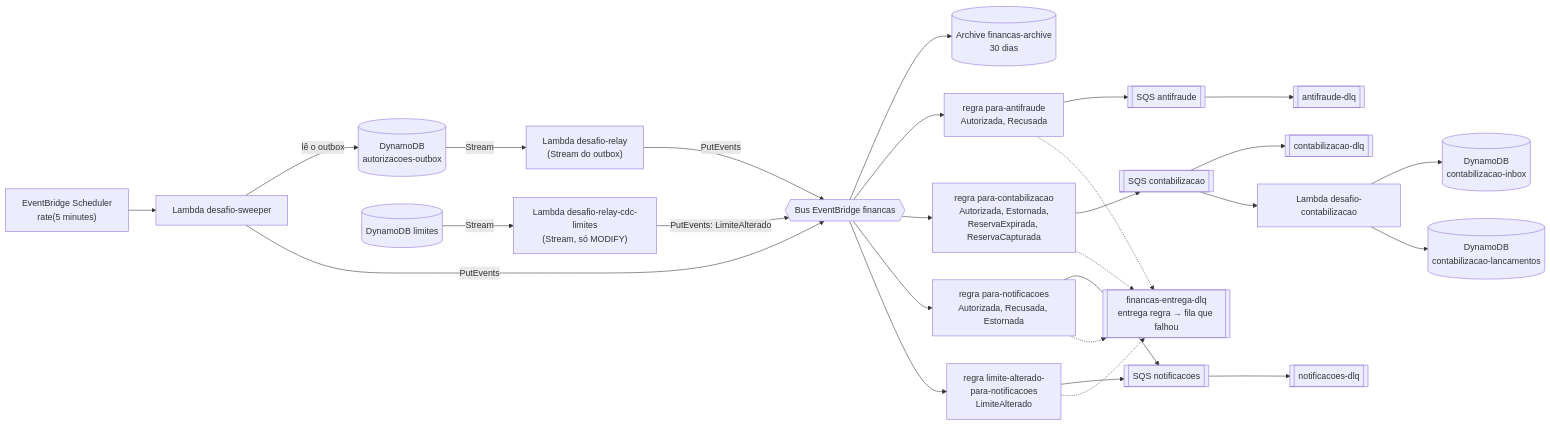
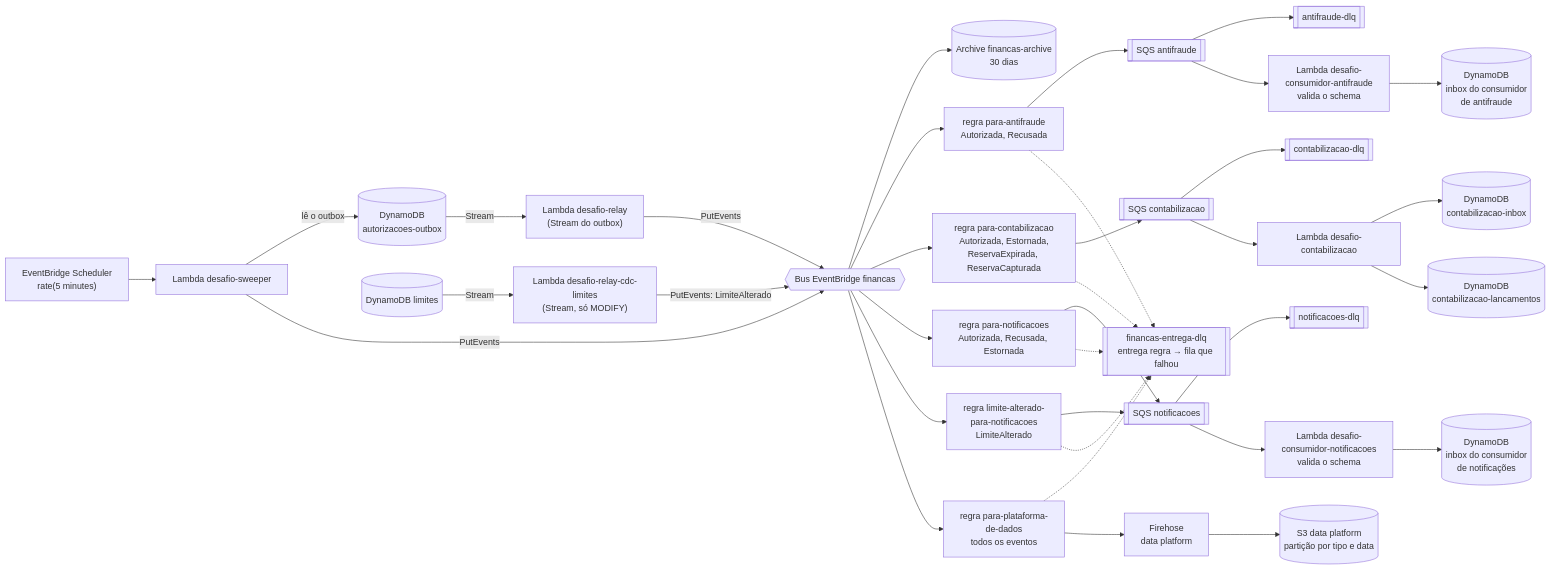
One commit to giovanedms/desafio-zup changed the diagram in docs/arquitetura/diagramas/04-fluxo-de-eventos.mmd. Above: the diagram before and after it, drawn with Mermaid. The commit also changed 10 other files, not shown here.

Commit message:
Diagramas de containers, eventos e implantação com consumidores, data platform e schema registry; README com os diagramas

```diff
--- a/docs/arquitetura/diagramas/04-fluxo-de-eventos.mmd
+++ b/docs/arquitetura/diagramas/04-fluxo-de-eventos.mmd
@@ -1,47 +1,63 @@
 flowchart LR
   OUT[("DynamoDB<br/>autorizacoes-outbox")]
   RELAY["Lambda desafio-relay<br/>(Stream do outbox)"]
   SWEEP["Lambda desafio-sweeper"]
   SCHED["EventBridge Scheduler<br/>rate(5 minutes)"]
   LIM[("DynamoDB limites")]
   CDC["Lambda desafio-relay-cdc-limites<br/>(Stream, só MODIFY)"]
   BUS{{"Bus EventBridge financas"}}
   ARC[("Archive financas-archive<br/>30 dias")]
 
   OUT -- Stream --> RELAY
   SCHED --> SWEEP
   SWEEP -- "lê o outbox" --> OUT
   RELAY -- PutEvents --> BUS
   SWEEP -- PutEvents --> BUS
   LIM -- Stream --> CDC
   CDC -- "PutEvents: LimiteAlterado" --> BUS
   BUS --> ARC
 
   R1["regra para-antifraude<br/>Autorizada, Recusada"]
   R2["regra para-contabilizacao<br/>Autorizada, Estornada,<br/>ReservaExpirada, ReservaCapturada"]
   R3["regra para-notificacoes<br/>Autorizada, Recusada, Estornada"]
   R4["regra limite-alterado-<br/>para-notificacoes<br/>LimiteAlterado"]
+  R5["regra para-plataforma-<br/>de-dados<br/>todos os eventos"]
   BUS --> R1
   BUS --> R2
   BUS --> R3
   BUS --> R4
+  BUS --> R5
 
   Q1[[SQS antifraude]] --> D1[[antifraude-dlq]]
   Q2[[SQS contabilizacao]] --> D2[[contabilizacao-dlq]]
   Q3[[SQS notificacoes]] --> D3[[notificacoes-dlq]]
   R1 --> Q1
   R2 --> Q2
   R3 --> Q3
   R4 --> Q3
   DLQE[[financas-entrega-dlq<br/>entrega regra → fila que falhou]]
   R1 -.-> DLQE
   R2 -.-> DLQE
   R3 -.-> DLQE
   R4 -.-> DLQE
+  R5 -.-> DLQE
+  FH["Firehose<br/>data platform"]
+  S3P[("S3 data platform<br/>partição por tipo e data")]
+  R5 --> FH
+  FH --> S3P
+
+  CAF["Lambda desafio-<br/>consumidor-antifraude<br/>valida o schema"]
+  IAF[("DynamoDB<br/>inbox do consumidor<br/>de antifraude")]
+  CNT["Lambda desafio-<br/>consumidor-notificacoes<br/>valida o schema"]
+  INT[("DynamoDB<br/>inbox do consumidor<br/>de notificações")]
+  Q1 --> CAF
+  CAF --> IAF
+  Q3 --> CNT
+  CNT --> INT
 
   CTB["Lambda desafio-contabilizacao"]
   INB[("DynamoDB<br/>contabilizacao-inbox")]
   LAN[("DynamoDB<br/>contabilizacao-lancamentos")]
   Q2 --> CTB
   CTB --> INB
   CTB --> LAN
```
